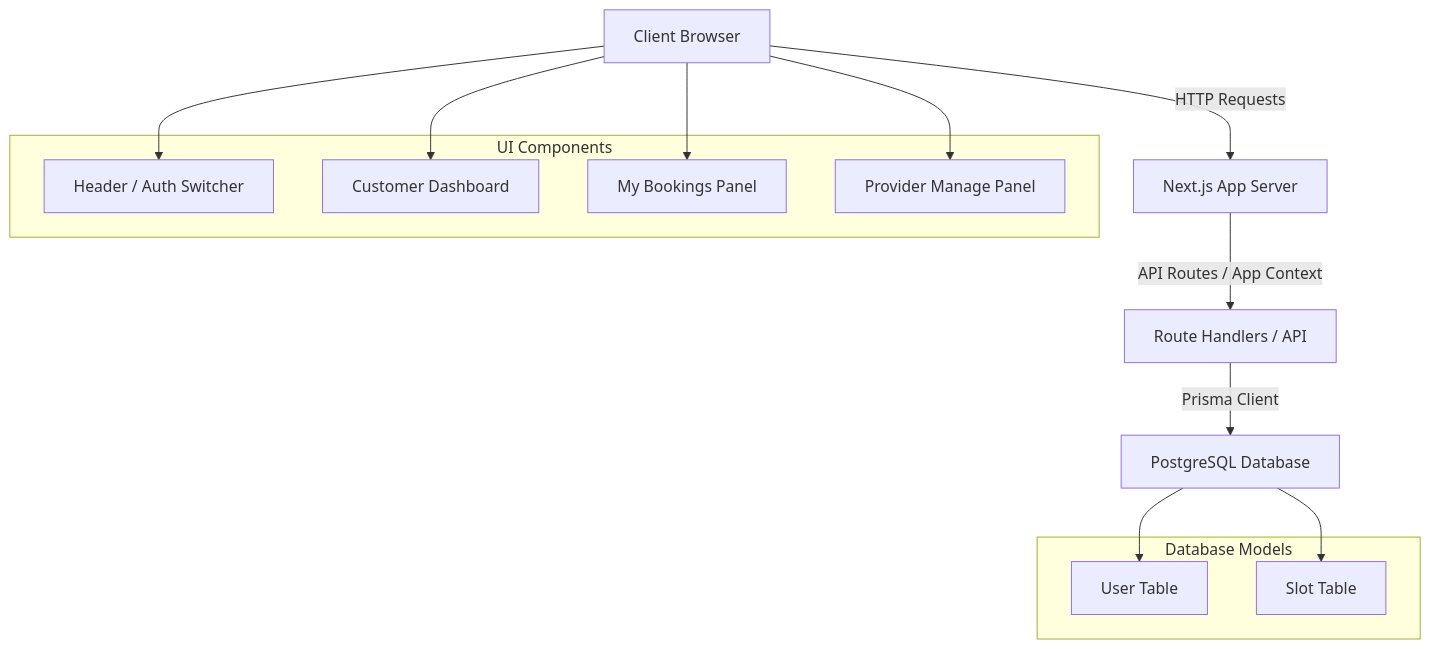
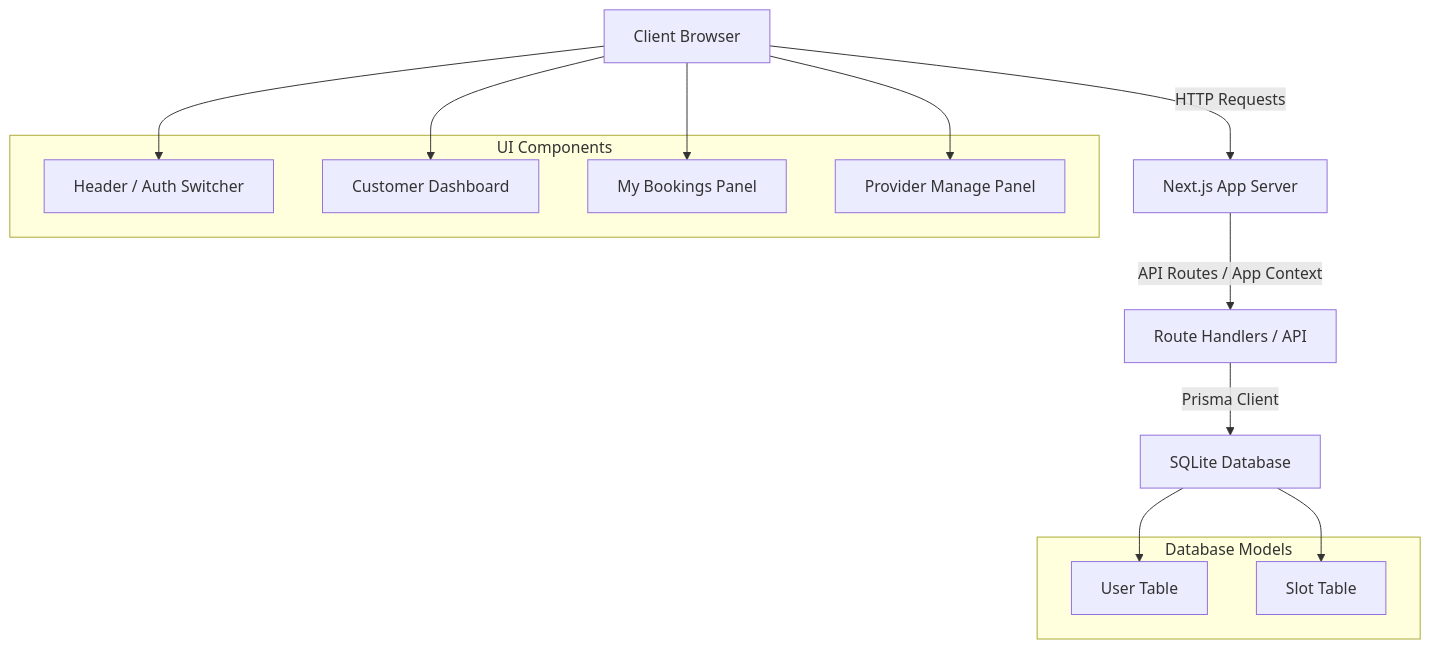
The first of 4 diagrams in SYSTEM_DESIGN.md (AyushChaurasia2611/Slot_Booking_Service), drawn with Mermaid before and after one commit. The commit also changed other lines of this file and 1 other file, not shown here.

Commit message:
docs: update system design and decisions for SQLite transition

````diff
--- a/SYSTEM_DESIGN.md
+++ b/SYSTEM_DESIGN.md
@@ -11,25 +11,25 @@
 ```mermaid
 graph TD
     A[Client Browser] -->|HTTP Requests| B[Next.js App Server]
     B -->|API Routes / App Context| C[Route Handlers / API]
-    C -->|Prisma Client| D[PostgreSQL Database]
+    C -->|Prisma Client| D[SQLite Database]
     
     subgraph UI Components
         A1[Header / Auth Switcher]
         A2[Customer Dashboard]
         A3[My Bookings Panel]
         A4[Provider Manage Panel]
     end
     
     subgraph Database Models
         D1[User Table]
         D2[Slot Table]
     end
     
     A --> A1
     A --> A2
     A --> A3
     A --> A4
     D --> D1
     D --> D2
 ```
````
